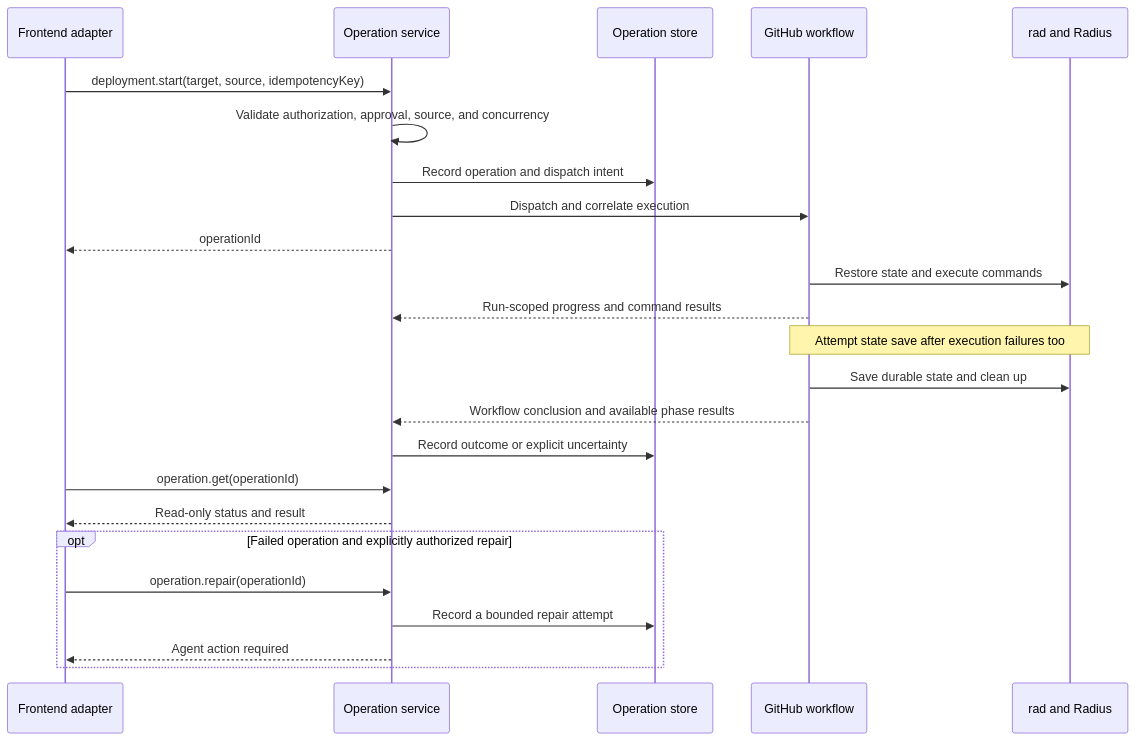
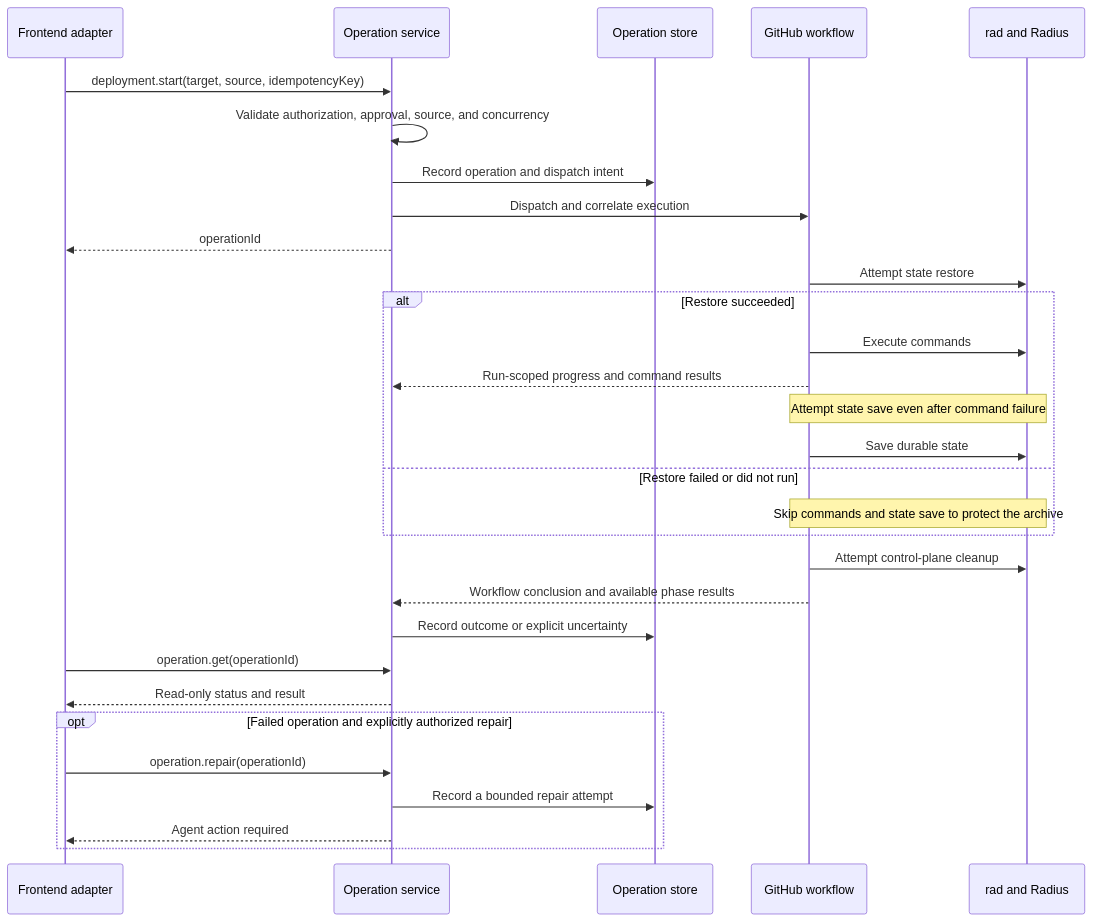
Before and after one commit to radius-project/radius: the fourth of 4 diagrams in docs/architecture/repo-radius.md, drawn with Mermaid. The commit also changed other lines of this file, not shown here.

Commit message:
docs: clarify Repo Radius execution and operation guarantees

````diff
--- a/docs/architecture/repo-radius.md
+++ b/docs/architecture/repo-radius.md
@@ -350,26 +362,32 @@
 ```mermaid
 sequenceDiagram
     participant F as Frontend adapter
     participant S as Operation service
     participant O as Operation store
     participant W as GitHub workflow
     participant R as rad and Radius
     F->>S: deployment.start(target, source, idempotencyKey)
     S->>S: Validate authorization, approval, source, and concurrency
     S->>O: Record operation and dispatch intent
     S->>W: Dispatch and correlate execution
     S-->>F: operationId
-    W->>R: Restore state and execute commands
-    W-->>S: Run-scoped progress and command results
-    Note over W,R: Attempt state save after execution failures too
-    W->>R: Save durable state and clean up
+    W->>R: Attempt state restore
+    alt Restore succeeded
+        W->>R: Execute commands
+        W-->>S: Run-scoped progress and command results
+        Note over W,R: Attempt state save even after command failure
+        W->>R: Save durable state
+    else Restore failed or did not run
+        Note over W,R: Skip commands and state save to protect the archive
+    end
+    W->>R: Attempt control-plane cleanup
     W-->>S: Workflow conclusion and available phase results
     S->>O: Record outcome or explicit uncertainty
     F->>S: operation.get(operationId)
     S-->>F: Read-only status and result
     opt Failed operation and explicitly authorized repair
         F->>S: operation.repair(operationId)
         S->>O: Record a bounded repair attempt
         S-->>F: Agent action required
     end
 ```
````
